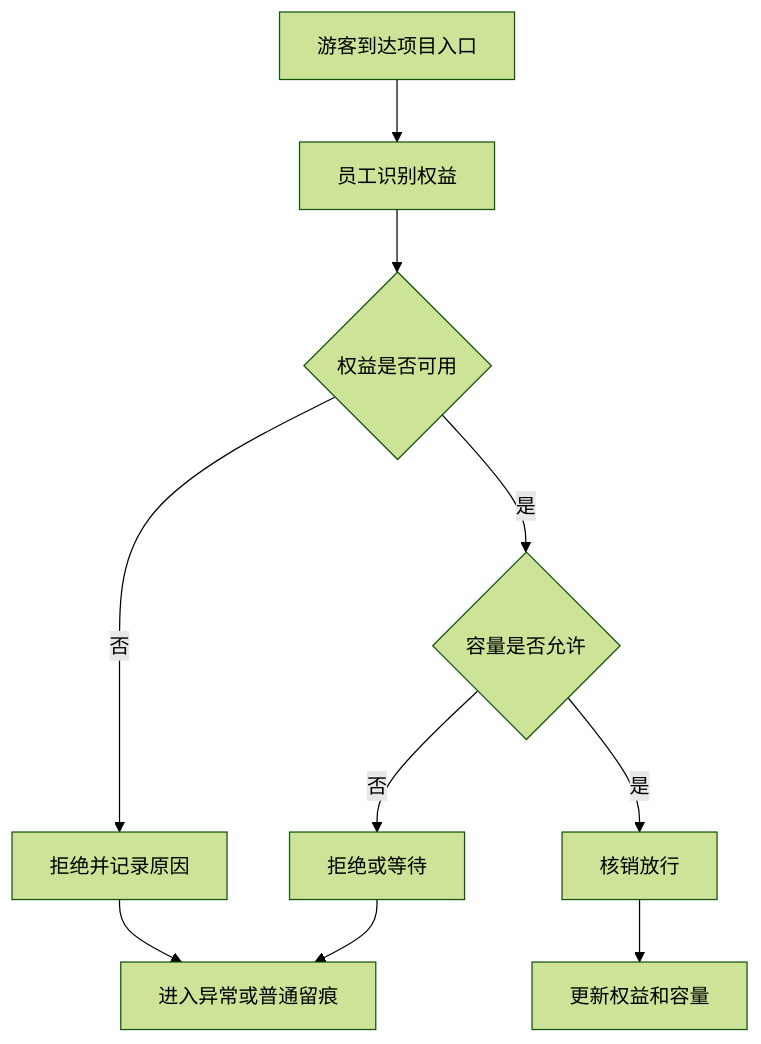
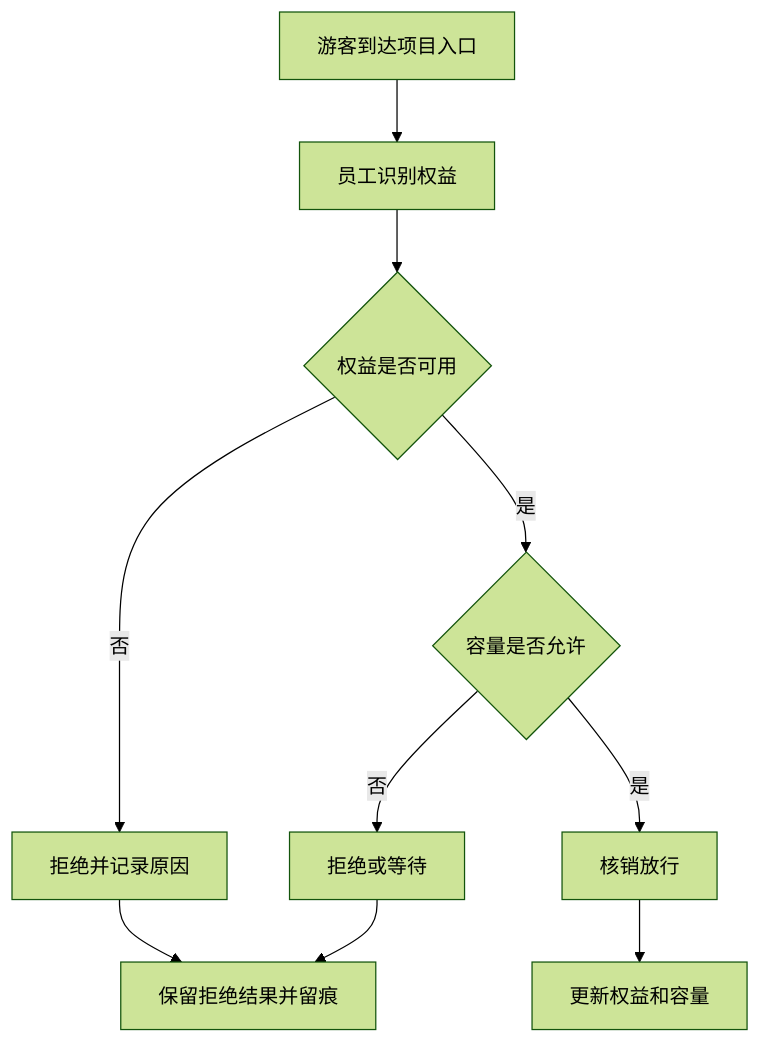
The second of 3 diagrams in docs/amusement-business-operations-product-prd-v0.1.md (jxh1979/mall), drawn with Mermaid (forest theme) before and after one commit. The commit also changed other lines of this file and 18 other files, not shown here.

````diff
--- a/docs/amusement-business-operations-product-prd-v0.1.md
+++ b/docs/amusement-business-operations-product-prd-v0.1.md
@@ -125,12 +125,12 @@
 ```mermaid
 flowchart TD
   A["游客到达项目入口"] --> B["员工识别权益"]
   B --> C{"权益是否可用"}
   C -- 否 --> D["拒绝并记录原因"]
   C -- 是 --> E{"容量是否允许"}
   E -- 否 --> F["拒绝或等待"]
   E -- 是 --> G["核销放行"]
   G --> H["更新权益和容量"]
-  D --> I["进入异常或普通留痕"]
+  D --> I["保留拒绝结果并留痕"]
   F --> I
 ```
````
